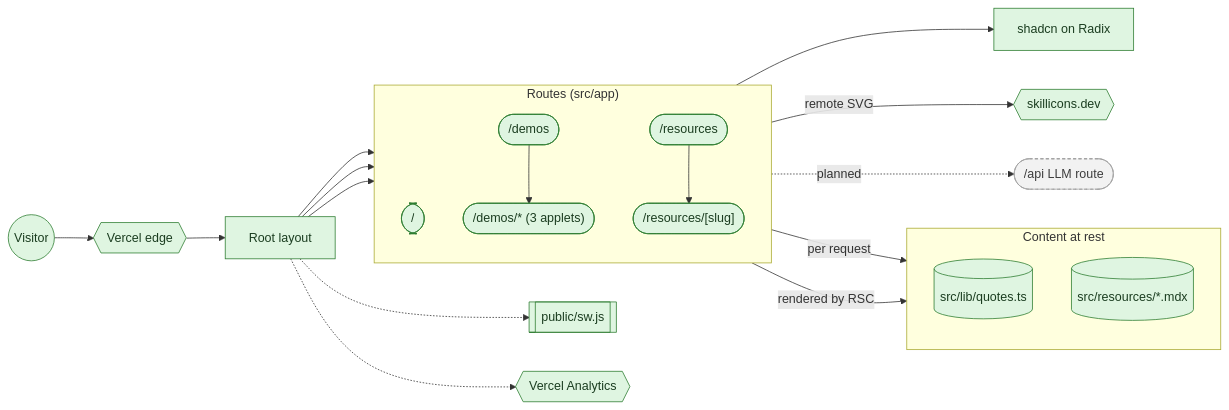
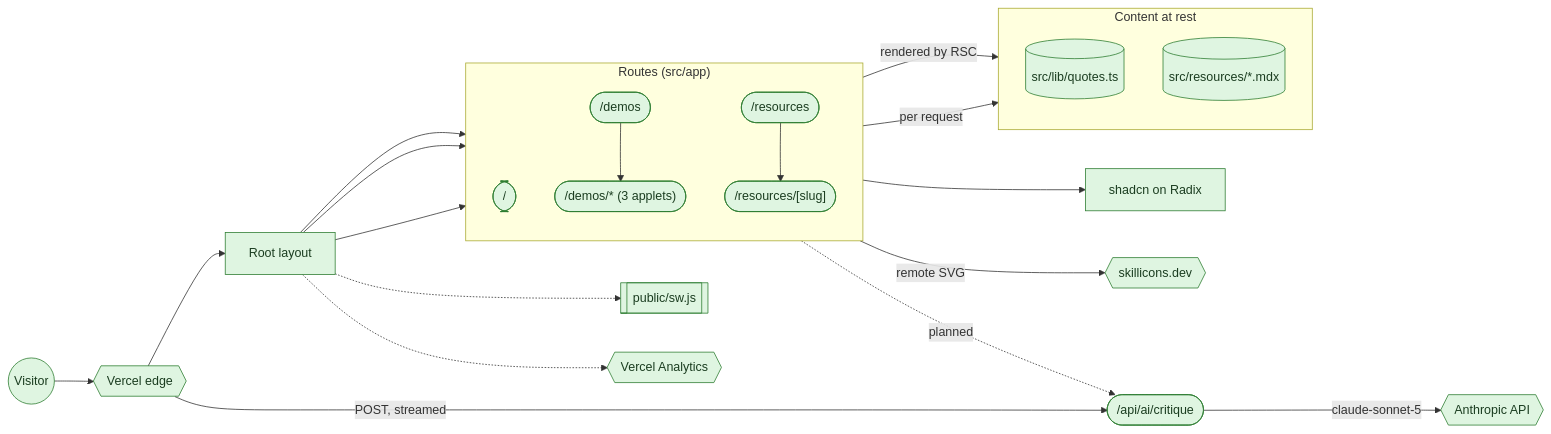
Before and after one commit to cooperability/cooperability.com: the first of 2 diagrams in README.md, drawn with Mermaid. The commit also changed other lines of this file and 13 other files, not shown here.

First line of the commit message:
feat(ai): add guarded streaming /api/ai/critique route and src/lib/ai

````diff
--- a/README.md
+++ b/README.md
@@ -14,44 +14,47 @@
 ```mermaid
 flowchart LR
   classDef built fill:#dff5e1,stroke:#2e7d32,color:#1b3d20
   classDef planned fill:#f2f2f2,stroke:#9e9e9e,color:#3d3d3d,stroke-dasharray:4 3
 
   visitor((Visitor)):::built
   edge{{"Vercel edge"}}:::built
   layout["Root layout"]:::built
 
   subgraph routes ["Routes (src/app)"]
     direction TB
     home(["/"]):::built
     demos(["/demos"]):::built
     applets(["/demos/* (3 applets)"]):::built
     reslist(["/resources"]):::built
     resdoc(["/resources/[slug]"]):::built
   end
 
   subgraph content ["Content at rest"]
     direction TB
     quotes[("src/lib/quotes.ts")]:::built
     mdx[("src/resources/*.mdx")]:::built
   end
 
   ui["shadcn on Radix"]:::built
   sw[["public/sw.js"]]:::built
   icons{{"skillicons.dev"}}:::built
   vitals{{"Vercel Analytics"}}:::built
-  ai(["/api LLM route"]):::planned
+  ai(["/api/ai/critique"]):::built
+  anthropic{{"Anthropic API"}}:::built
 
   visitor --> edge --> layout
   layout --> home
   layout --> demos
   layout --> reslist
   demos --> applets
   reslist --> resdoc
   home -->|per request| quotes
   resdoc -->|"rendered by RSC"| mdx
   applets --> ui
   demos -->|remote SVG| icons
   layout -.-> sw
   layout -.-> vitals
+  edge -->|"POST, streamed"| ai
+  ai -->|claude-sonnet-5| anthropic
   applets -.->|planned| ai
 ```
````
